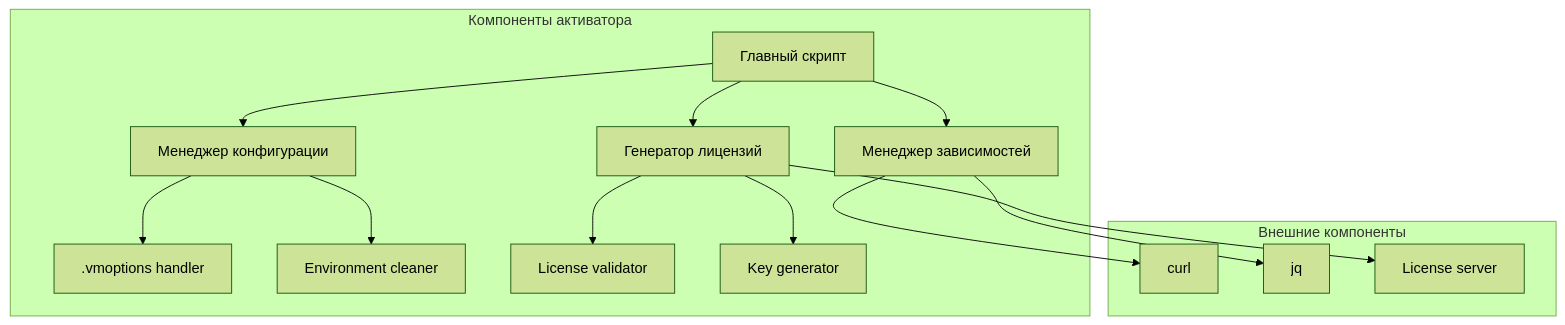
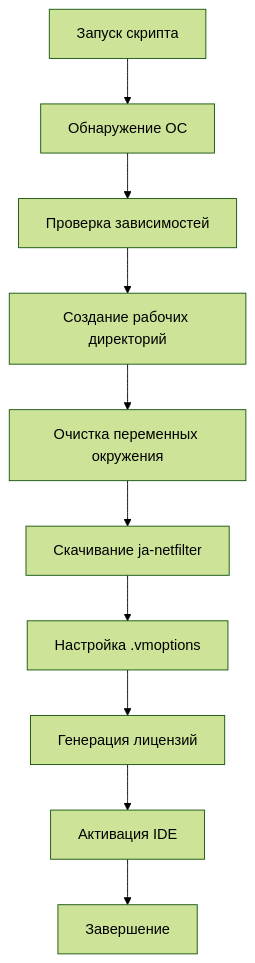
Before and after one commit to neKamita/ToolBox-Activator: the first of 3 diagrams in README.md, drawn with Mermaid (forest theme). The commit also changed other lines of this file, not shown here.

````diff
--- a/README.md
+++ b/README.md
@@ -61,24 +138,12 @@
 ```mermaid
-graph TB
-    subgraph "Компоненты активатора"
-        A[Главный скрипт] --> B[Менеджер зависимостей]
-        A --> C[Менеджер конфигурации]
-        A --> D[Генератор лицензий]
-        
-        C --> E[.vmoptions handler]
-        C --> F[Environment cleaner]
-        
-        D --> G[License validator]
-        D --> H[Key generator]
-    end
-    
-    subgraph "Внешние компоненты"
-        I[curl]
-        J[jq]
-        K[License server]
-    end
-    
-    B --> I
-    B --> J
-    D --> K
+graph TD
+    A[Запуск скрипта] --> B[Обнаружение ОС]
+    B --> C[Проверка зависимостей]
+    C --> D[Создание рабочих директорий]
+    D --> E[Очистка переменных окружения]
+    E --> F[Скачивание ja-netfilter]
+    F --> G[Настройка .vmoptions]
+    G --> H[Генерация лицензий]
+    H --> I[Активация IDE]
+    I --> J[Завершение]
 ```
````
